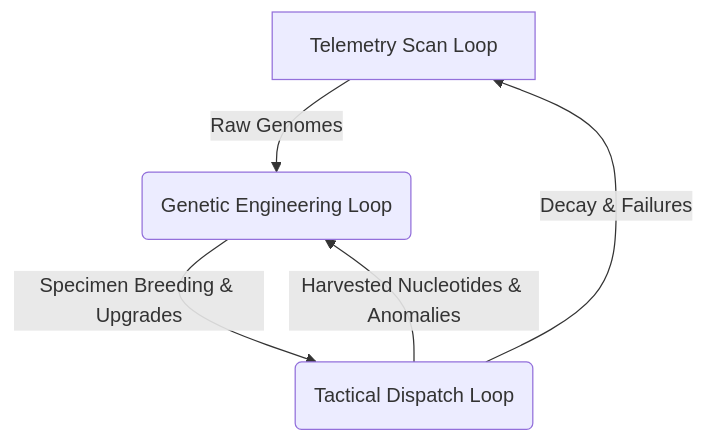
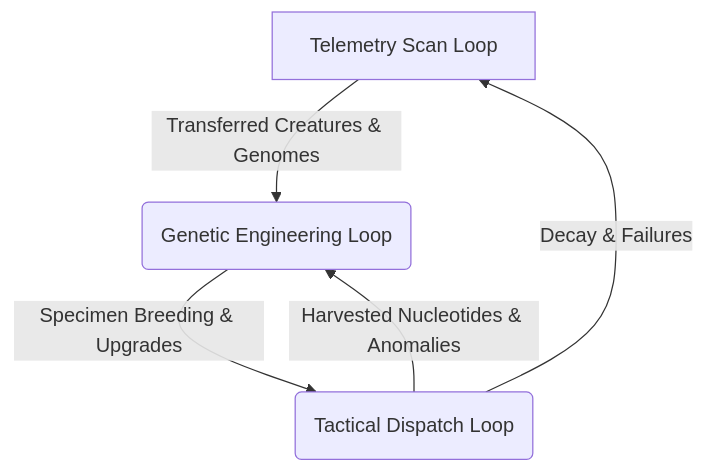
One commit to B-R-Jones/GENPOX changed the diagram in README.md. Above: the diagram before and after it, drawn with Mermaid. The commit also changed other lines of this file, not shown here.

````diff
--- a/README.md
+++ b/README.md
@@ -13,7 +13,7 @@
 ```mermaid
 graph TD
-    A[Telemetry Scan Loop] -->|Raw Genomes| B(Genetic Engineering Loop)
+    A[Telemetry Scan Loop] -->|Transferred Creatures & Genomes| B(Genetic Engineering Loop)
     B -->|Specimen Breeding & Upgrades| C(Tactical Dispatch Loop)
     C -->|Harvested Nucleotides & Anomalies| B
     C -->|Decay & Failures| A
 ```
````
